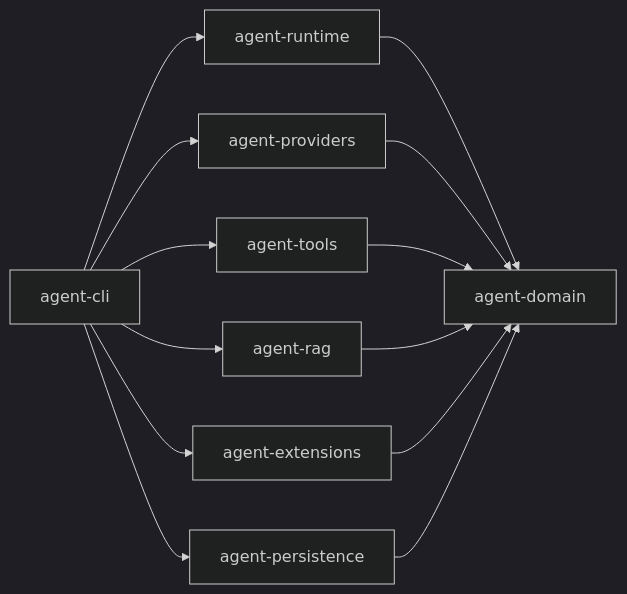
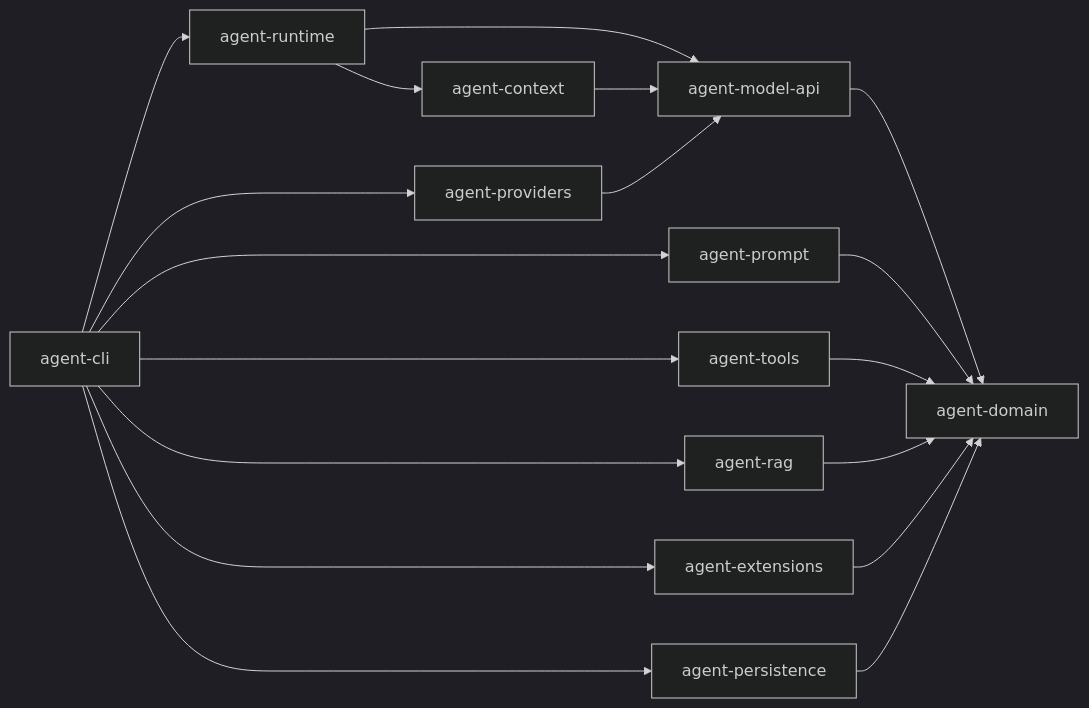
One commit to ailashi-126066/miniclaudecode changed the diagram in docs/tutorial/00-index.md. Above: the diagram before and after it, drawn with Mermaid (dark theme). The commit also changed other lines of this file and 113 other files, not shown here.

Commit message:
feat: modular agent architecture upgrade

````diff
--- a/docs/tutorial/00-index.md
+++ b/docs/tutorial/00-index.md
@@ -26,15 +26,20 @@
 ```mermaid
 flowchart LR
     CLI[agent-cli] --> RT[agent-runtime]
+    CLI --> PR[agent-prompt]
     CLI --> PV[agent-providers]
     CLI --> TL[agent-tools]
     CLI --> RG[agent-rag]
     CLI --> EX[agent-extensions]
     CLI --> PS[agent-persistence]
-    RT --> DM[agent-domain]
-    PV --> DM
+    RT --> CT[agent-context]
+    RT --> MA[agent-model-api]
+    CT --> MA
+    PV --> MA
+    MA --> DM[agent-domain]
+    PR --> DM
     TL --> DM
     RG --> DM
     EX --> DM
     PS --> DM
 ```
````
